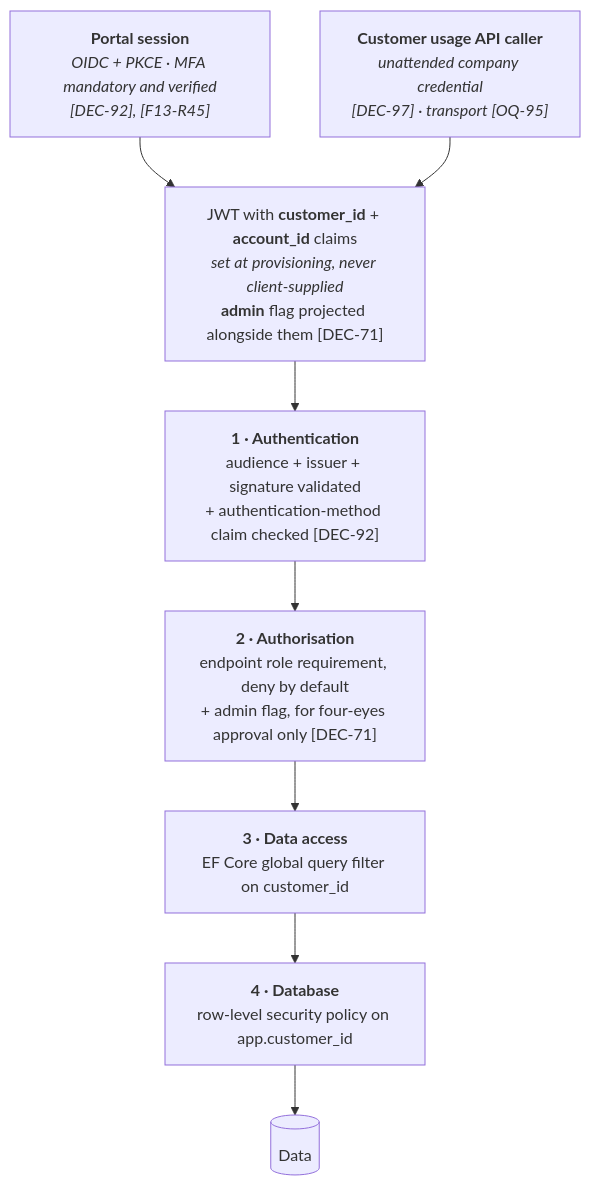
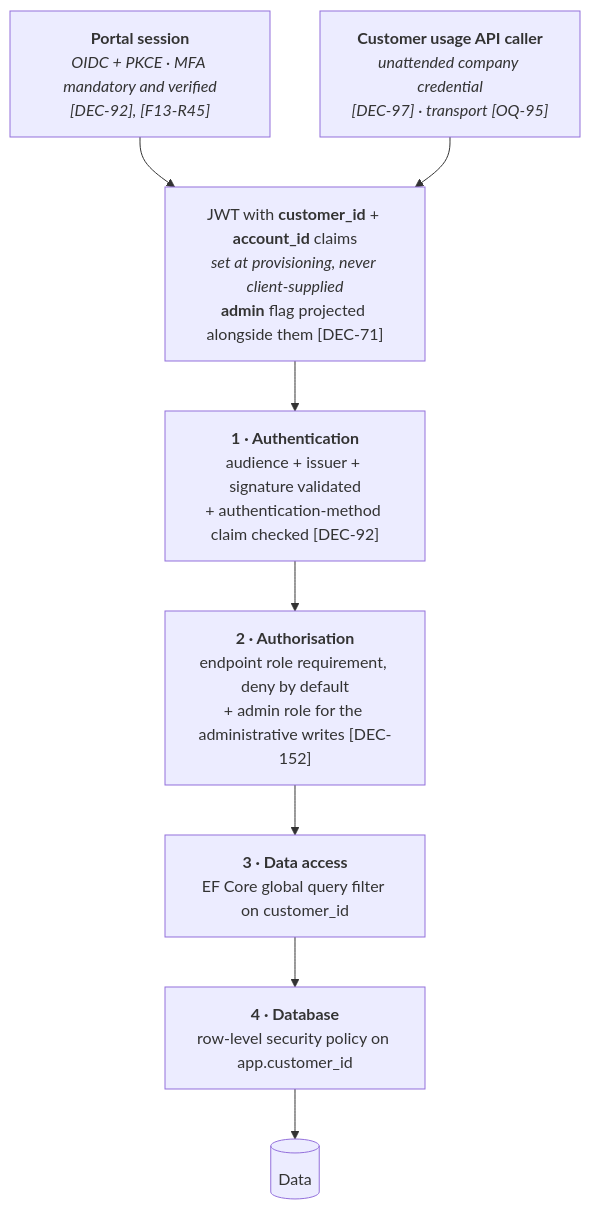
The diagram in specs/20-architecture/07-security.md (lukastosic-ifd/peakpowerspecs), drawn with Mermaid before and after one commit. The commit also changed other lines of this file and 40 other files, not shown here.

First line of the commit message:
DEC-179: the four-eyes rule is removed (#21)

````diff
--- a/specs/20-architecture/07-security.md
+++ b/specs/20-architecture/07-security.md
@@ -54,15 +54,15 @@
 ```mermaid
 flowchart TB
     P["<b>Portal session</b><br/><i>OIDC + PKCE · MFA mandatory and verified</i><br/><i>[DEC-92], [F13-R45]</i>"]
     U["<b>Customer usage API caller</b><br/><i>unattended company credential</i><br/><i>[DEC-97] · transport [OQ-95]</i>"]
     T["JWT with <b>customer_id</b> + <b>account_id</b> claims<br/><i>set at provisioning, never client-supplied</i><br/><b>admin</b> flag projected alongside them [DEC-71]"]
     L1["<b>1 · Authentication</b><br/>audience + issuer + signature validated<br/>+ authentication-method claim checked [DEC-92]"]
-    L2["<b>2 · Authorisation</b><br/>endpoint role requirement, deny by default<br/>+ admin flag, for four-eyes approval only [DEC-71]"]
+    L2["<b>2 · Authorisation</b><br/>endpoint role requirement, deny by default<br/>+ admin role for the administrative writes [DEC-152]"]
     L3["<b>3 · Data access</b><br/>EF Core global query filter on customer_id"]
     L4["<b>4 · Database</b><br/>row-level security policy on app.customer_id"]
     D[("Data")]
 
     P --> T
     U --> T
     T --> L1 --> L2 --> L3 --> L4 --> D
 ```
````
